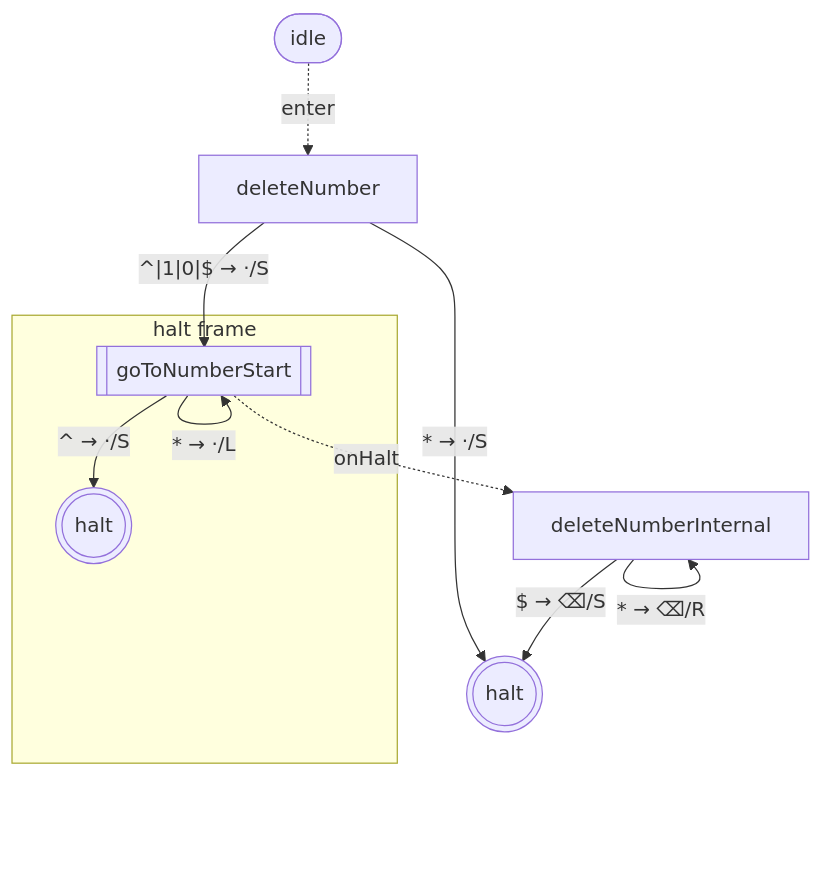
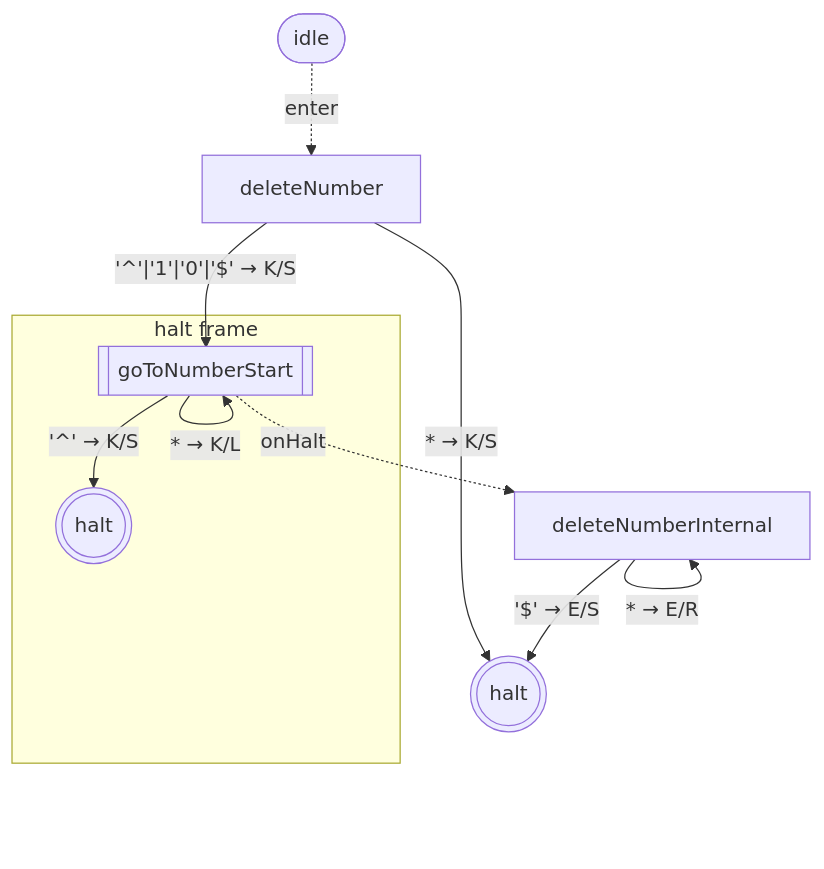
The fourth of 10 diagrams in packages/library-binary-numbers/states.md (mellonis/turing-machine-js), drawn with Mermaid before and after one commit. The commit also changed other lines of this file and 7 other files, not shown here.

````diff
--- a/packages/library-binary-numbers/states.md
+++ b/packages/library-binary-numbers/states.md
@@ -56,20 +56,20 @@
 ```mermaid
 flowchart TD
 %% alphabets: [[" ","^","$","0","1"]]
   s0(((halt)))
   s6["deleteNumberInternal"]
   s8["deleteNumber"]
   idle([idle])
   subgraph w_7["halt frame"]
     s7[["goToNumberStart"]]
     c7(((halt)))
   end
   idle -. enter .-> s8
-  s6 -- "$ → ⌫/S" --> s0
-  s6 -- "* → ⌫/R" --> s6
-  s7 -- "^ → ·/S" --> c7
-  s7 -- "* → ·/L" --> s7
+  s6 -- "'$' → E/S" --> s0
+  s6 -- "* → E/R" --> s6
+  s7 -- "'^' → K/S" --> c7
+  s7 -- "* → K/L" --> s7
   s7 -. onHalt .-> s6
-  s8 -- "^|1|0|$ → ·/S" --> s7
-  s8 -- "* → ·/S" --> s0
+  s8 -- "'^'|'1'|'0'|'$' → K/S" --> s7
+  s8 -- "* → K/S" --> s0
 ```
````
